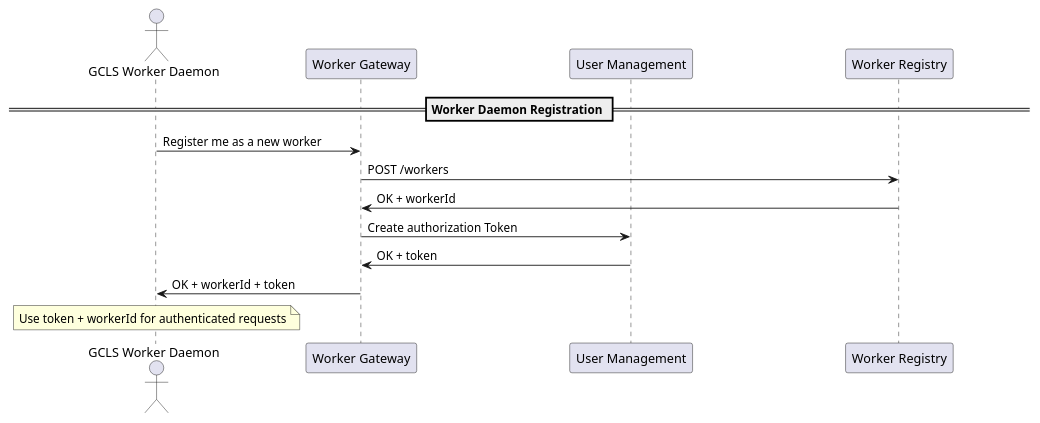
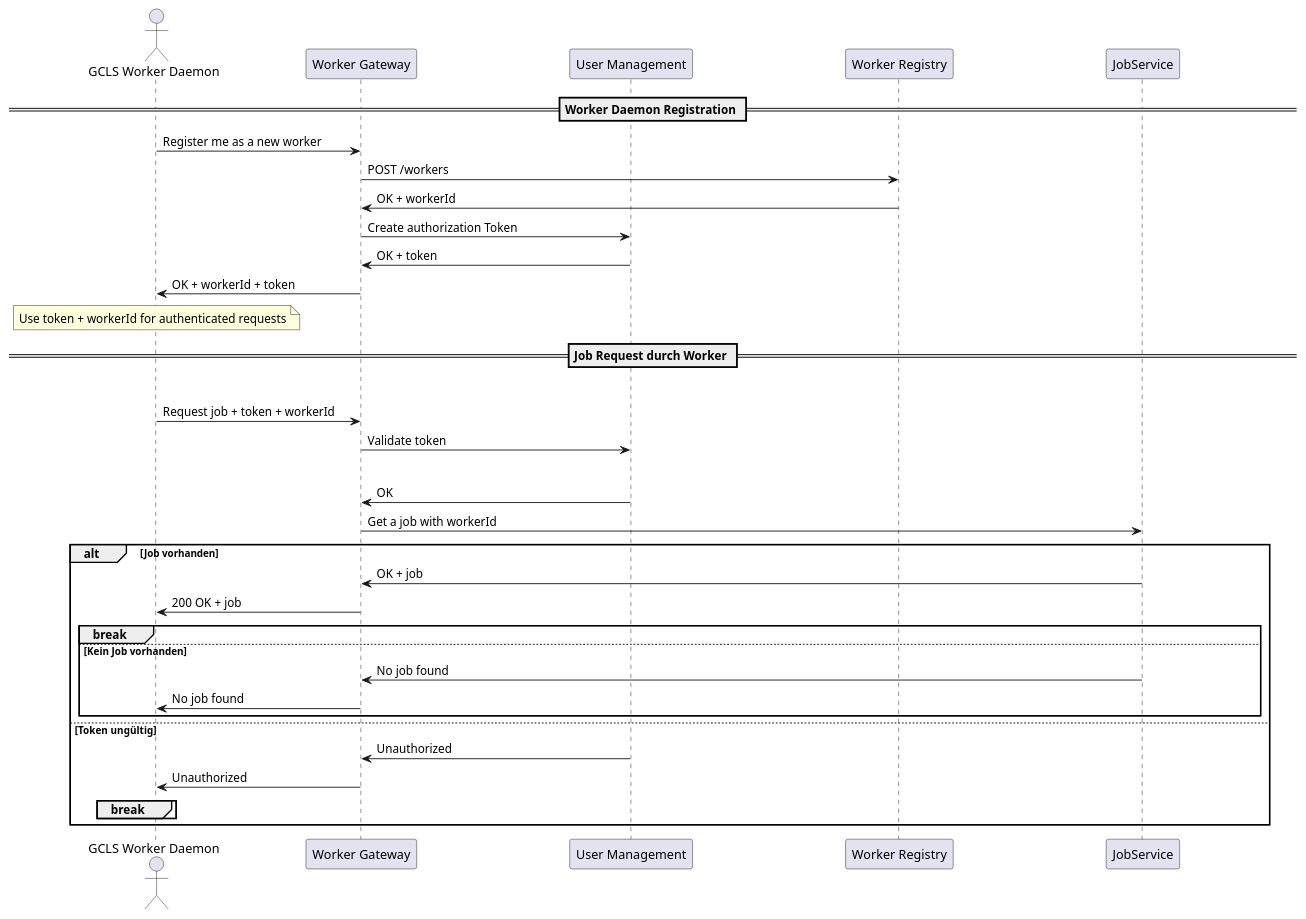
One commit to informatik-mannheim/cmg-ss2025 changed the diagram in docs/diagrams/worker-daemon.puml. Above: the diagram before and after it, drawn with PlantUML. The commit also changed 1 other file, not shown here.

Commit message:
Updated worker daemon login scenario

```diff
--- a/docs/diagrams/worker-daemon.puml
+++ b/docs/diagrams/worker-daemon.puml
@@ -1,23 +1,47 @@
 @startuml worker-daemon-sequence
 
 skinparam Shadowing false
 skinparam ParticipantPadding 80
 skinparam BoxPadding 10
 
 actor "GCLS Worker Daemon" as Worker
 participant "Worker Gateway" as Gateway
 participant "User Management" as UserManagement
 participant "Worker Registry" as Registry
 
 == Worker Daemon Registration ==
 
 Worker -> Gateway: Register me as a new worker
 Gateway -> Registry: POST /workers
 Registry -> Gateway: OK + workerId
 Gateway -> UserManagement: Create authorization Token
 UserManagement -> Gateway: OK + token
 Gateway -> Worker: OK + workerId + token
 
 note over Worker: Use token + workerId for authenticated requests
 
+== Job Request durch Worker ==
+
+loop Wiederhole bis Job empfangen
+    Worker -> Gateway: Request job + token + workerId
+    Gateway -> UserManagement: Validate token
+    alt Token gültig
+        UserManagement -> Gateway: OK
+
+        Gateway -> JobService: Get a job with workerId
+        alt Job vorhanden
+            JobService -> Gateway: OK + job
+            Gateway -> Worker: 200 OK + job
+            break
+        else Kein Job vorhanden
+            JobService -> Gateway: No job found
+            Gateway -> Worker: No job found
+        end
+    else Token ungültig
+        UserManagement -> Gateway: Unauthorized
+        Gateway -> Worker: Unauthorized
+        break
+    end
+end
+
 @enduml
```
